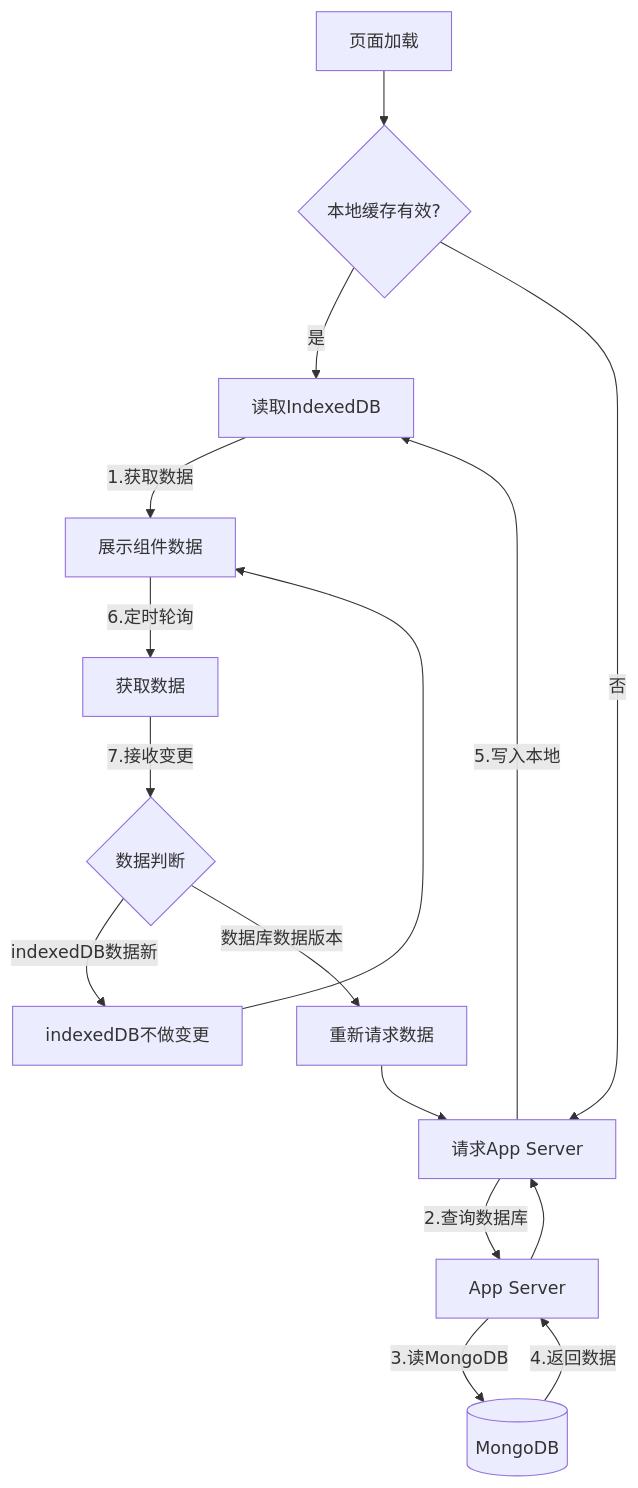
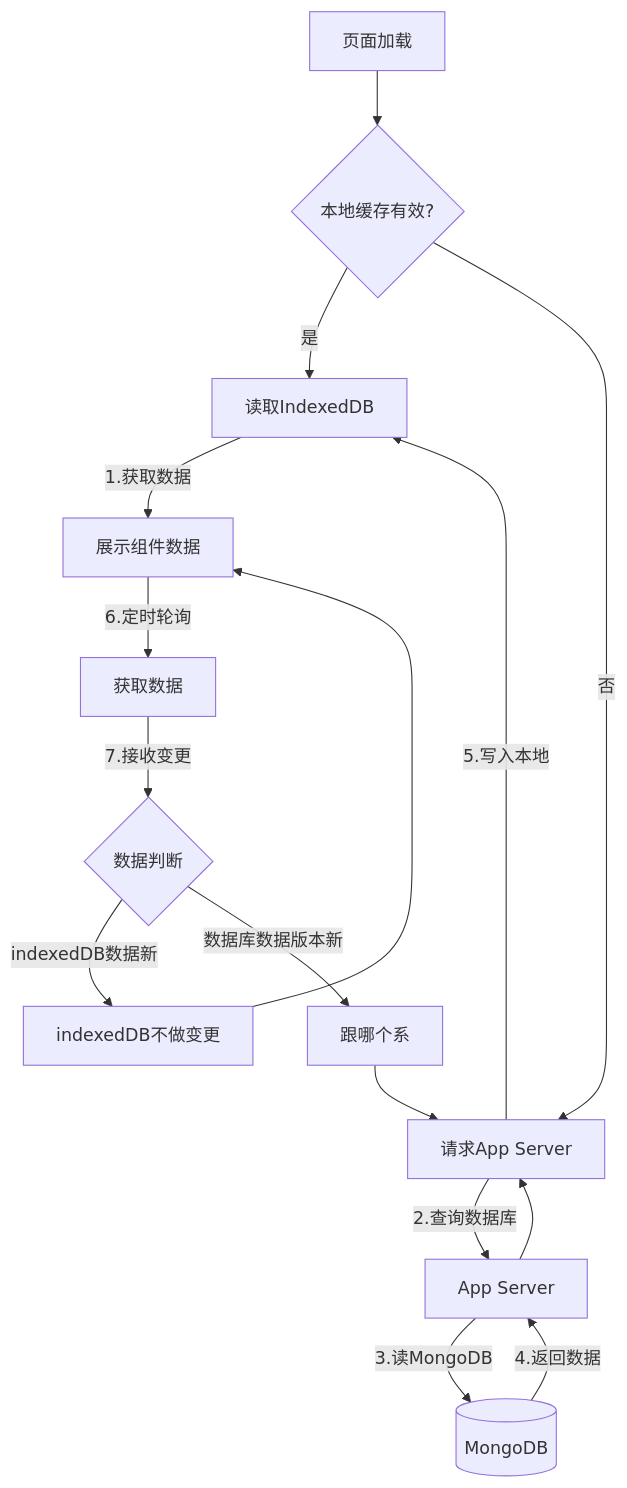
Before and after one commit to yingjianzh/iodraw-files: the diagram in all/未命名-21.md, drawn with Mermaid.

Commit message:
2025-02-18 11:35:11 update

````diff
--- a/all/未命名-21.md
+++ b/all/未命名-21.md
@@ -1,19 +1,19 @@
 ```mermaid
 
 graph TD
     A[页面加载] --> B{本地缓存有效?}
     B -->|是| C[读取IndexedDB]
     B -->|否| D[请求App Server]
     C -->|1.获取数据| E[展示组件数据]
     D -->|2.查询数据库| F[App Server]
     F -->|3.读MongoDB| G[(MongoDB)]
     G -->|4.返回数据| F --> D
     D -->|5.写入本地| C
     E -->|6.定时轮询| H[获取数据]
     H -->|7.接收变更| I{数据判断}
     I -->|indexedDB数据新| J[indexedDB不做变更]
-    I -->|数据库数据版本| K[重新请求数据]
+    I -->|数据库数据版本新| K[跟哪个系]
     J --> E
     K --> D
 
 ```
````
